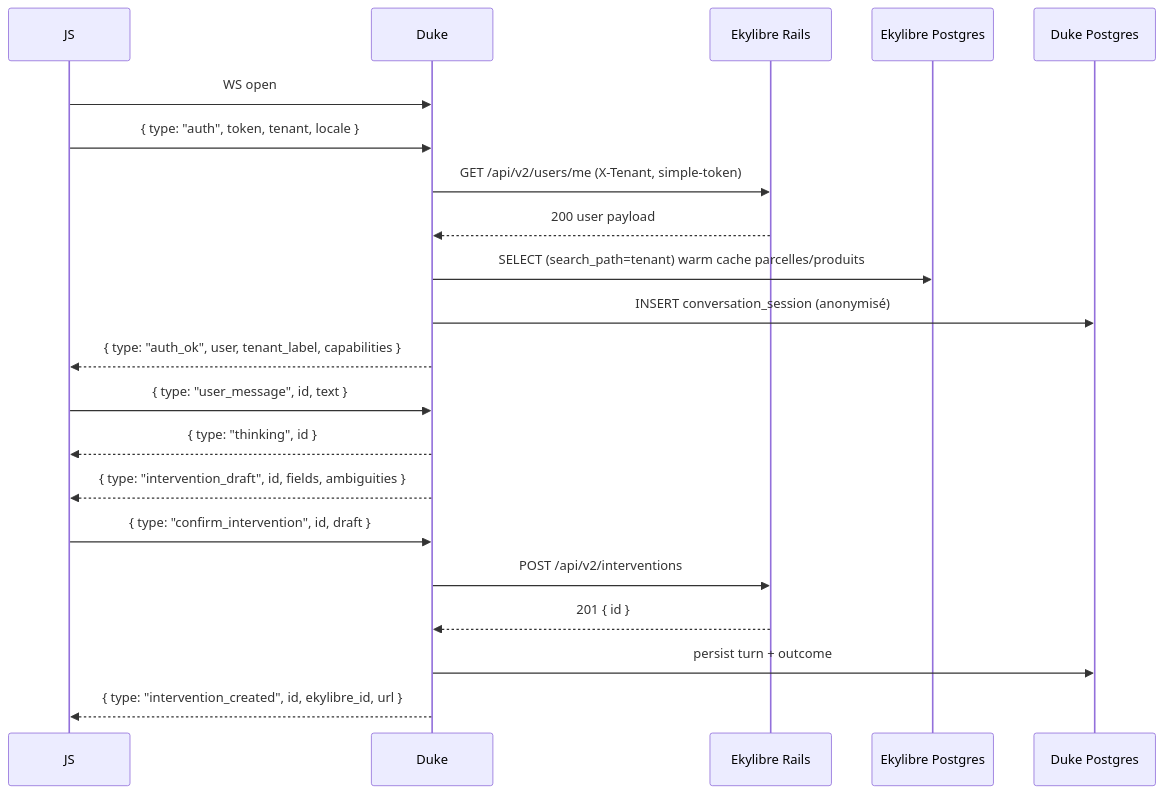
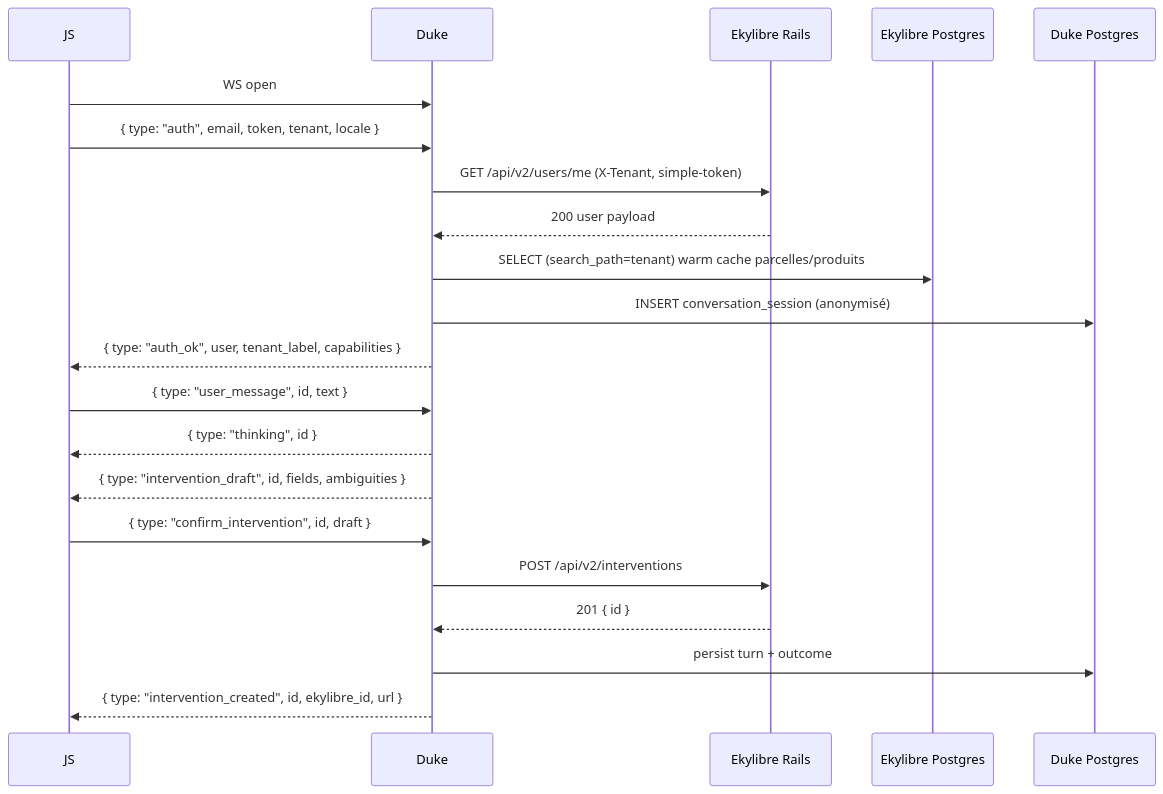
One commit to ekylibre/duke changed the second of 4 diagrams in ARCHITECTURE.md. Above: the diagram before and after it, drawn with Mermaid. The commit also changed other lines of this file and 19 other files, not shown here.

````diff
--- a/ARCHITECTURE.md
+++ b/ARCHITECTURE.md
@@ -197,25 +197,25 @@
 ```mermaid
 sequenceDiagram
     participant JS
     participant Duke
     participant EkylApp as Ekylibre Rails
     participant EkylDB as Ekylibre Postgres
     participant DukeDB as Duke Postgres
 
     JS->>Duke: WS open
-    JS->>Duke: { type: "auth", token, tenant, locale }
+    JS->>Duke: { type: "auth", email, token, tenant, locale }
     Duke->>EkylApp: GET /api/v2/users/me  (X-Tenant, simple-token)
     EkylApp-->>Duke: 200 user payload
     Duke->>EkylDB: SELECT (search_path=tenant) warm cache parcelles/produits
     Duke->>DukeDB: INSERT conversation_session (anonymisé)
     Duke-->>JS: { type: "auth_ok", user, tenant_label, capabilities }
 
     JS->>Duke: { type: "user_message", id, text }
     Duke-->>JS: { type: "thinking", id }
     Duke-->>JS: { type: "intervention_draft", id, fields, ambiguities }
     JS->>Duke: { type: "confirm_intervention", id, draft }
     Duke->>EkylApp: POST /api/v2/interventions
     EkylApp-->>Duke: 201 { id }
     Duke->>DukeDB: persist turn + outcome
     Duke-->>JS: { type: "intervention_created", id, ekylibre_id, url }
 ```
````
